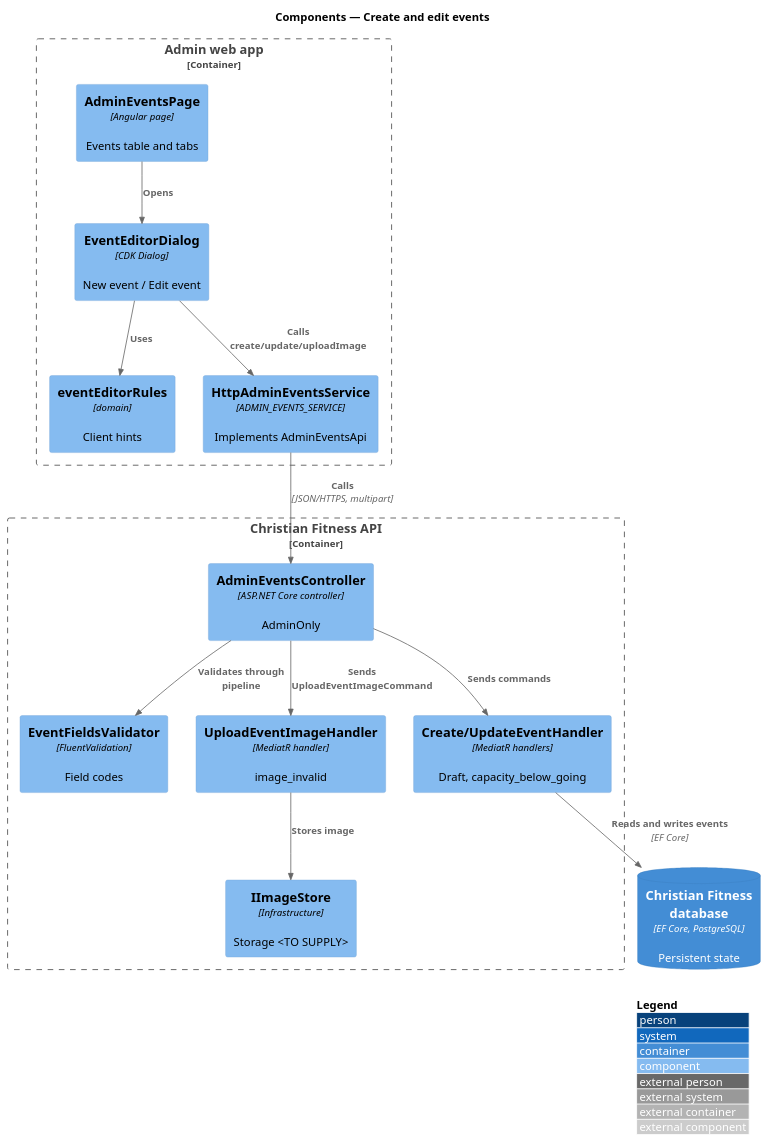
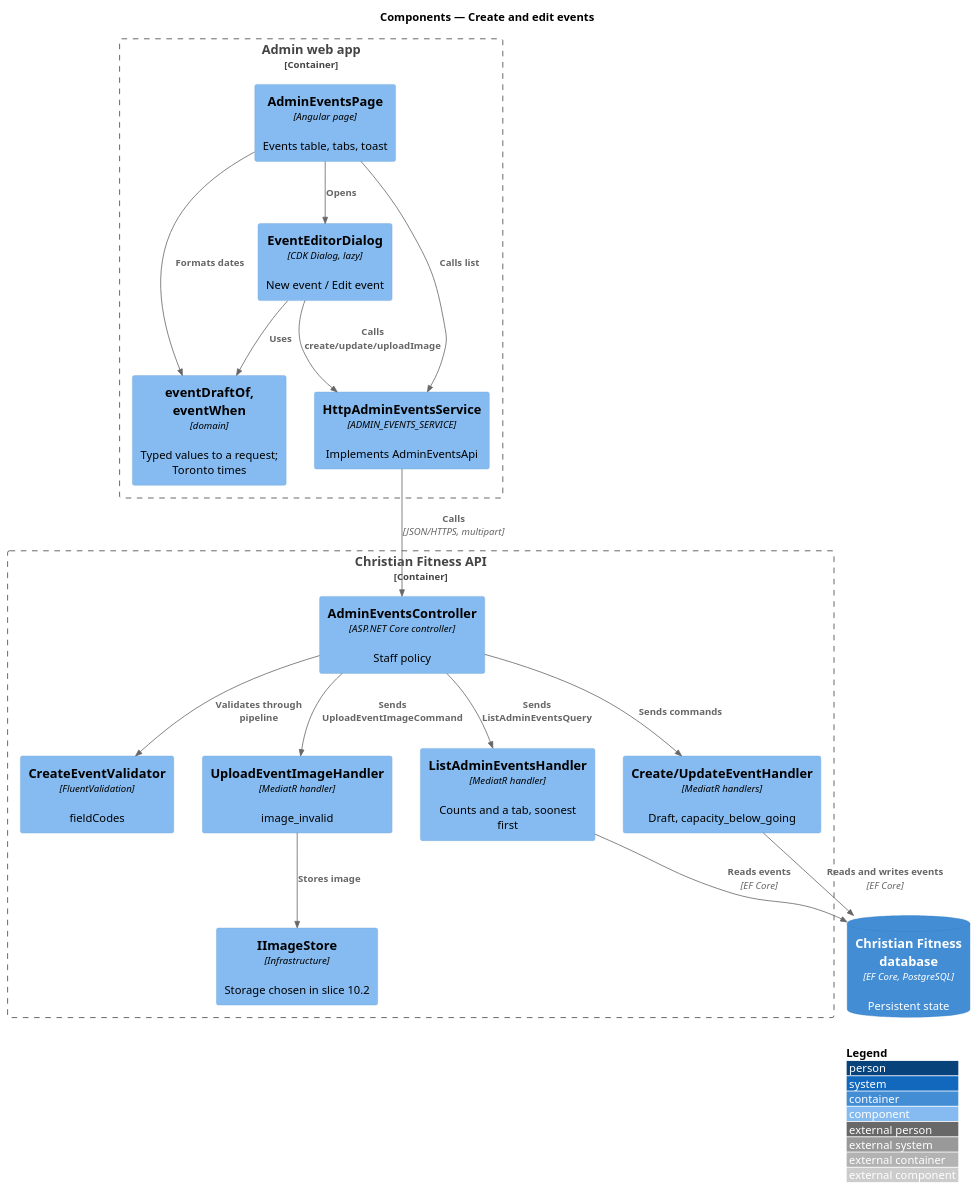
One commit to QuinntyneBrown/christian-fitness changed the diagram in docs/detailed-designs/admin-events/create-and-edit-events/diagrams/c4-component.puml. Above: the diagram before and after it, drawn with PlantUML. The commit also changed 35 other files, not shown here.

```diff
--- a/docs/detailed-designs/admin-events/create-and-edit-events/diagrams/c4-component.puml
+++ b/docs/detailed-designs/admin-events/create-and-edit-events/diagrams/c4-component.puml
@@ -1,30 +1,35 @@
 @startuml
 !include <C4/C4_Component>
 LAYOUT_WITH_LEGEND()
 title Components — Create and edit events
 
 Container_Boundary(admin, "Admin web app") {
-  Component(page, "AdminEventsPage", "Angular page", "Events table and tabs")
-  Component(dlg, "EventEditorDialog", "CDK Dialog", "New event / Edit event")
-  Component(rules, "eventEditorRules", "domain", "Client hints")
+  Component(page, "AdminEventsPage", "Angular page", "Events table, tabs, toast")
+  Component(dlg, "EventEditorDialog", "CDK Dialog, lazy", "New event / Edit event")
+  Component(rules, "eventDraftOf, eventWhen", "domain", "Typed values to a request; Toronto times")
   Component(svc, "HttpAdminEventsService", "ADMIN_EVENTS_SERVICE", "Implements AdminEventsApi")
 }
 Container_Boundary(api, "Christian Fitness API") {
-  Component(ctrl, "AdminEventsController", "ASP.NET Core controller", "AdminOnly")
-  Component(val, "EventFieldsValidator", "FluentValidation", "Field codes")
+  Component(ctrl, "AdminEventsController", "ASP.NET Core controller", "Staff policy")
+  Component(val, "CreateEventValidator", "FluentValidation", "fieldCodes")
+  Component(list, "ListAdminEventsHandler", "MediatR handler", "Counts and a tab, soonest first")
   Component(handler, "Create/UpdateEventHandler", "MediatR handlers", "Draft, capacity_below_going")
   Component(img, "UploadEventImageHandler", "MediatR handler", "image_invalid")
-  Component(store, "IImageStore", "Infrastructure", "Storage <TO SUPPLY>")
+  Component(store, "IImageStore", "Infrastructure", "Storage chosen in slice 10.2")
 }
 ContainerDb(db, "Christian Fitness database", "EF Core, PostgreSQL", "Persistent state")
 
 Rel(page, dlg, "Opens")
+Rel(page, rules, "Formats dates")
+Rel(page, svc, "Calls list")
 Rel(dlg, rules, "Uses")
 Rel(dlg, svc, "Calls create/update/uploadImage")
 Rel(svc, ctrl, "Calls", "JSON/HTTPS, multipart")
 Rel(ctrl, val, "Validates through pipeline")
 Rel(ctrl, handler, "Sends commands")
+Rel(ctrl, list, "Sends ListAdminEventsQuery")
+Rel(list, db, "Reads events", "EF Core")
 Rel(ctrl, img, "Sends UploadEventImageCommand")
 Rel(img, store, "Stores image")
 Rel(handler, db, "Reads and writes events", "EF Core")
 @enduml
```
